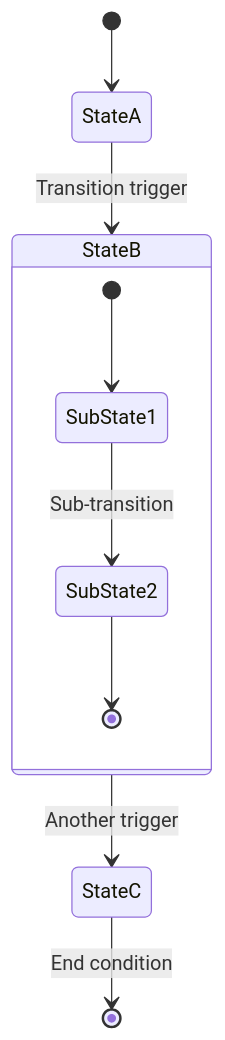
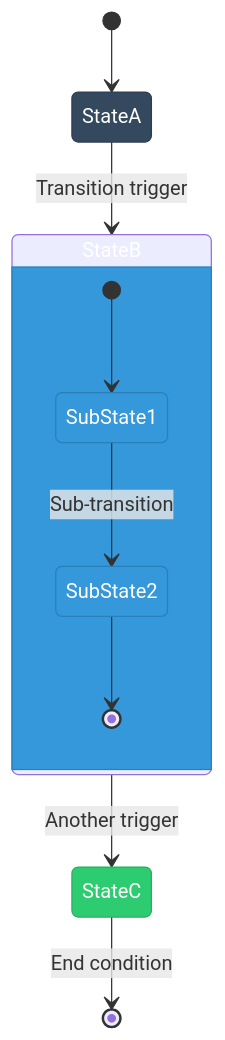
One commit to Hack23/cia-compliance-manager changed the third of 5 diagrams in docs/architecture/CONTRIBUTION_GUIDELINES.md. Above: the diagram before and after it, drawn with Mermaid. The commit also changed other lines of this file and 1 other file, not shown here.

Commit message:
feat(docs): enhance contribution and style guidelines with updated color palettes and diagram styles

````diff
--- a/docs/architecture/CONTRIBUTION_GUIDELINES.md
+++ b/docs/architecture/CONTRIBUTION_GUIDELINES.md
@@ -93,14 +102,24 @@
 ```mermaid
 stateDiagram-v2
     [*] --> StateA
     
     StateA --> StateB: Transition trigger
     StateB --> StateC: Another trigger
     StateC --> [*]: End condition
     
     state StateB {
         [*] --> SubState1
         SubState1 --> SubState2: Sub-transition
         SubState2 --> [*]
     }
+    
+    %% Style definitions with enhanced colors
+    classDef defaultState fill:#34495e,stroke:#2c3e50,color:white
+    classDef activeState fill:#3498db,stroke:#2980b9,color:white
+    classDef terminalState fill:#2ecc71,stroke:#27ae60,color:white
+    
+    class StateA defaultState
+    class StateB activeState
+    class StateC terminalState
+    class SubState1,SubState2 activeState
 ```
````
